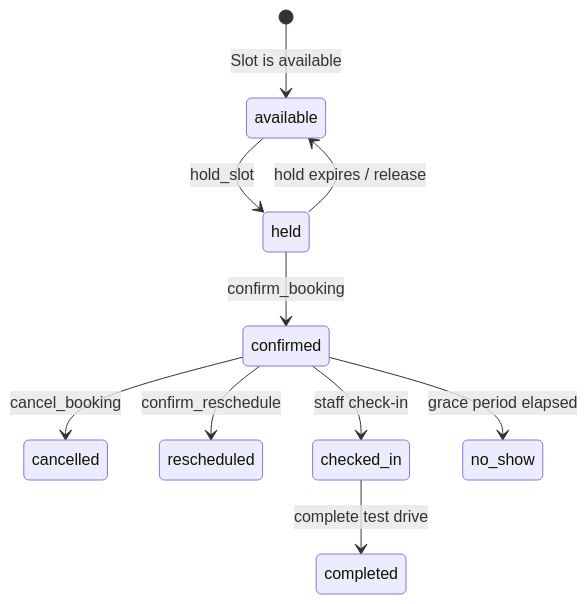
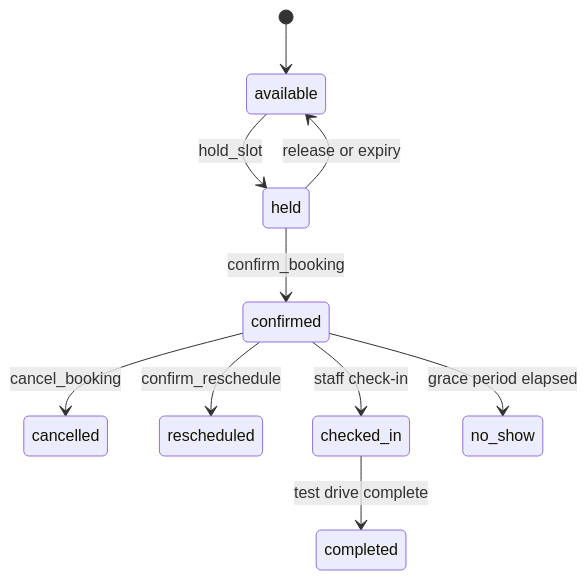
Before and after one commit to haichauht/vinfast-test-drive-booking: the fifth of 5 diagrams in ARCHITECTURE.md, drawn with Mermaid. The commit also changed other lines of this file and 29 other files, not shown here.

Commit message:
fix booking flow and UI regressions

````diff
--- a/ARCHITECTURE.md
+++ b/ARCHITECTURE.md
@@ -137,12 +179,12 @@
 ```mermaid
 stateDiagram-v2
-    [*] --> available: Slot is available
+    [*] --> available
     available --> held: hold_slot
     held --> confirmed: confirm_booking
-    held --> available: hold expires / release
+    held --> available: release or expiry
     confirmed --> cancelled: cancel_booking
     confirmed --> rescheduled: confirm_reschedule
     confirmed --> checked_in: staff check-in
-    checked_in --> completed: complete test drive
+    checked_in --> completed: test drive complete
     confirmed --> no_show: grace period elapsed
 ```
````
